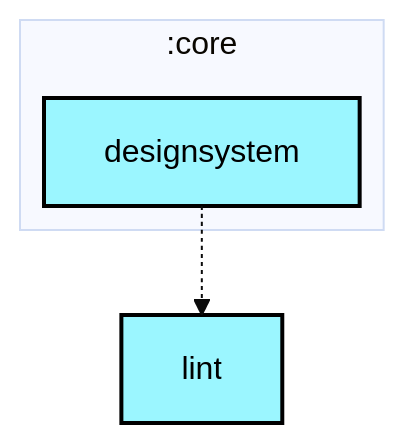
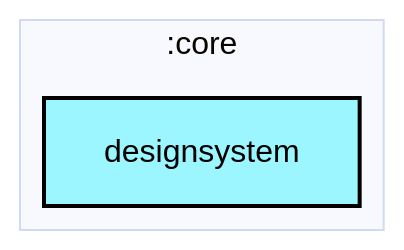
Before and after one commit to android/nowinandroid: the first of 2 diagrams in core/designsystem/README.md, drawn with Mermaid (base theme). The commit also changed 30 other files, not shown here.

````diff
--- a/core/designsystem/README.md
+++ b/core/designsystem/README.md
@@ -6,23 +6,20 @@
 ```mermaid
 ---
 config:
   layout: elk
   elk:
     nodePlacementStrategy: SIMPLE
 ---
 graph TB
   subgraph :core
     direction TB
     :core:designsystem[designsystem]:::android-library
   end
-  :lint[lint]:::android-library
-
-  :core:designsystem -.-> :lint
 
 classDef android-application fill:#CAFFBF,stroke:#000,stroke-width:2px,color:#000;
 classDef android-feature fill:#FFD6A5,stroke:#000,stroke-width:2px,color:#000;
 classDef android-library fill:#9BF6FF,stroke:#000,stroke-width:2px,color:#000;
 classDef android-test fill:#A0C4FF,stroke:#000,stroke-width:2px,color:#000;
 classDef jvm-library fill:#BDB2FF,stroke:#000,stroke-width:2px,color:#000;
 classDef unknown fill:#FFADAD,stroke:#000,stroke-width:2px,color:#000;
 ```
````
